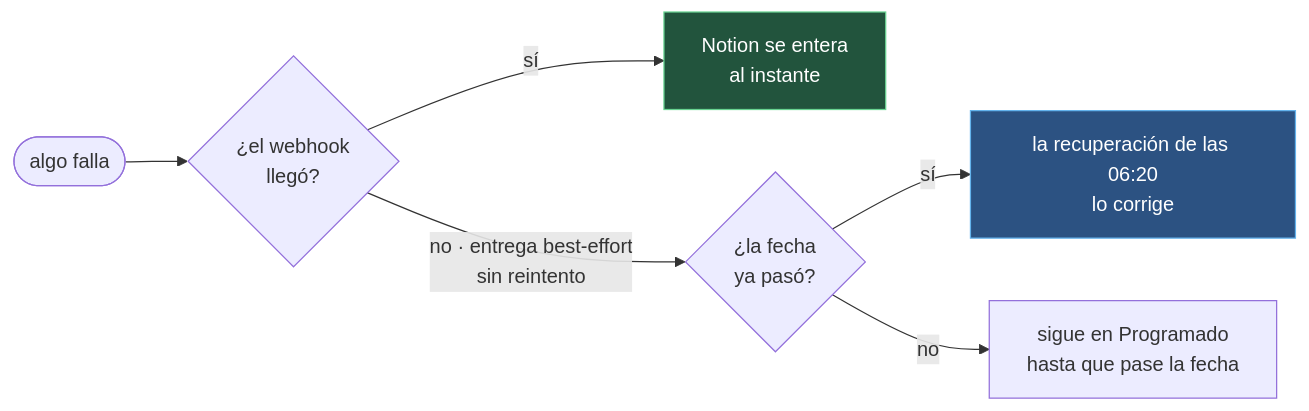
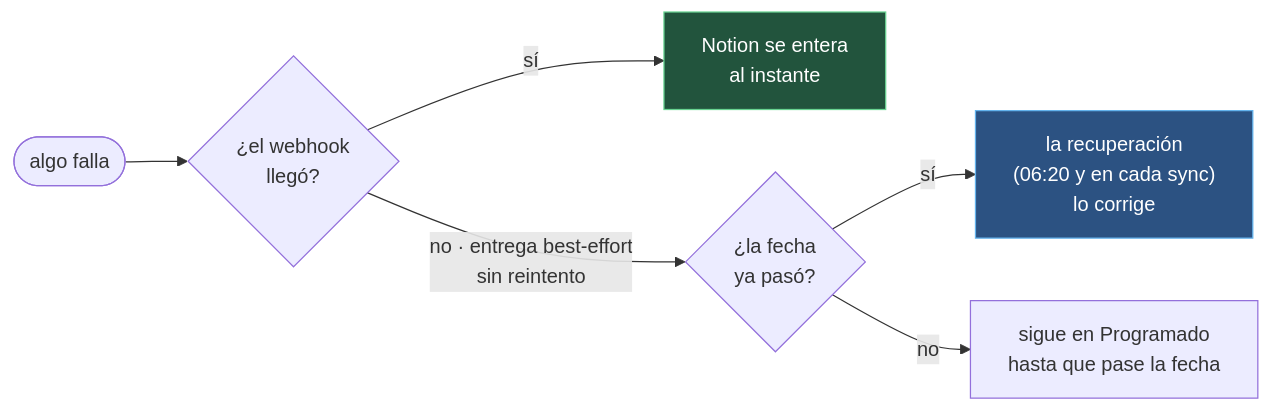
One commit to dustin-calderon/postiz-app changed the tenth of 11 diagrams in docs/architecture/CONTENT_PIPELINE_DIAGRAMS.md. Above: the diagram before and after it, drawn with Mermaid. The commit also changed other lines of this file and 3 other files, not shown here.

````diff
--- a/docs/architecture/CONTENT_PIPELINE_DIAGRAMS.md
+++ b/docs/architecture/CONTENT_PIPELINE_DIAGRAMS.md
@@ -385,11 +388,11 @@
 ```mermaid
 flowchart LR
     F(["algo falla"]) --> Q1{"¿el webhook<br/>llegó?"}
     Q1 -->|sí| INST["Notion se entera<br/>al instante"]
     Q1 -->|"no · entrega best-effort<br/>sin reintento"| Q2{"¿la fecha<br/>ya pasó?"}
-    Q2 -->|sí| REC["la recuperación de las 06:20<br/>lo corrige"]
+    Q2 -->|sí| REC["la recuperación<br/>(06:20 y en cada sync)<br/>lo corrige"]
     Q2 -->|no| ESP["sigue en Programado<br/>hasta que pase la fecha"]
 
     style INST fill:#22543d,stroke:#68d391,color:#fff
     style REC fill:#2c5282,stroke:#63b3ed,color:#fff
 ```
````
